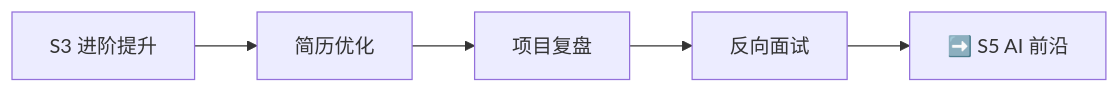
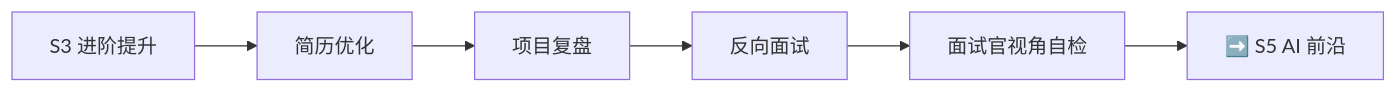
One commit to KMaybe01/interview-demo changed the diagram in docs/S4-面试冲刺/index.md. Above: the diagram before and after it, drawn with Mermaid. The commit also changed other lines of this file and 5 other files, not shown here.

````diff
--- a/docs/S4-面试冲刺/index.md
+++ b/docs/S4-面试冲刺/index.md
@@ -41,7 +42,8 @@
 ```mermaid
 graph LR
     S3["S3 进阶提升"] --> Resume["简历优化"]
     Resume --> Projects["项目复盘"]
     Projects --> Reverse["反向面试"]
-    Reverse --> S5["➡️ S5 AI 前沿"]
+    Reverse --> Review["面试官视角自检"]
+    Review --> S5["➡️ S5 AI 前沿"]
 ```
````
